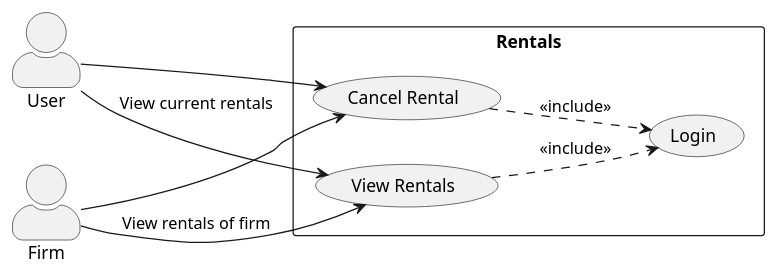
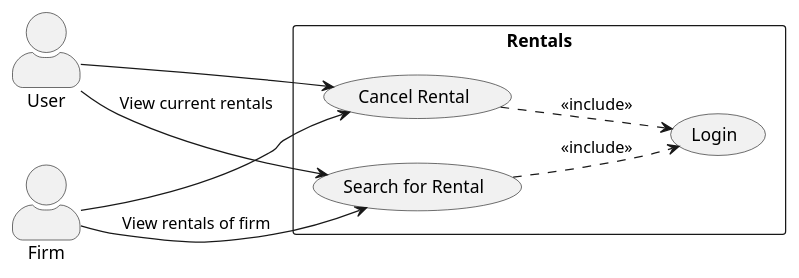
One commit to Karto1000/Autovermietung changed the diagram in diagrams/usecase/U-004.puml. Above: the diagram before and after it, drawn with PlantUML. The commit also changed 17 other files, not shown here.

Commit message:
Add more Activity diagrams

```diff
--- a/diagrams/usecase/U-004.puml
+++ b/diagrams/usecase/U-004.puml
@@ -1,28 +1,28 @@
 @startuml
 'https://plantuml.com/use-case-diagram
 left to right direction
 skinparam actorStyle awesome
 skinparam packageStyle rect
 
 actor "User" as user
 actor "Firm" as firm
 
 rectangle "Rentals" {
     usecase "Cancel Rental" as cancel
-    usecase "View Rentals" as view
+    usecase "Search for Rental" as view
 
     usecase "Login" as login
 
     cancel ..> login : <<include>>
     view ..> login : <<include>>
 }
 
 ' Firm
 firm --> cancel
 firm --> view : View rentals of firm
 
 ' User
 user --> cancel
 user --> view : View current rentals
 
 @enduml
```
